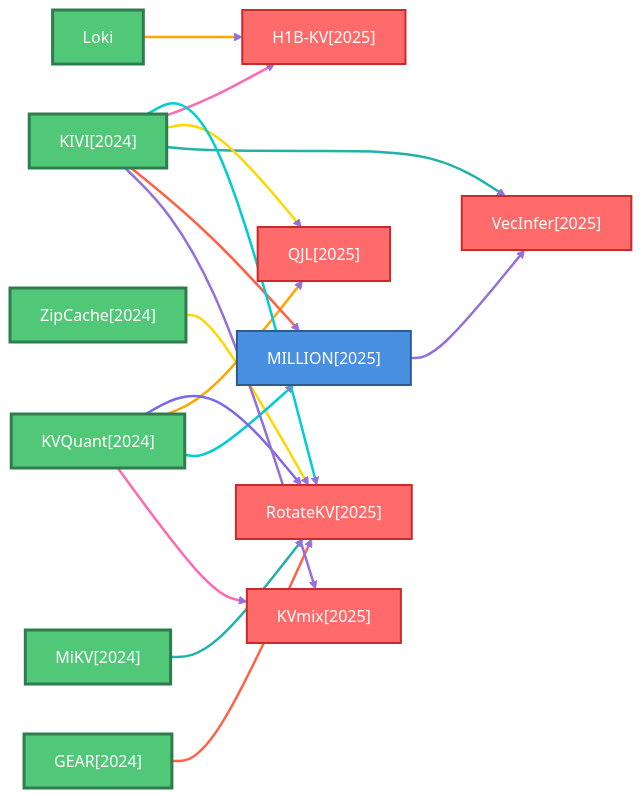
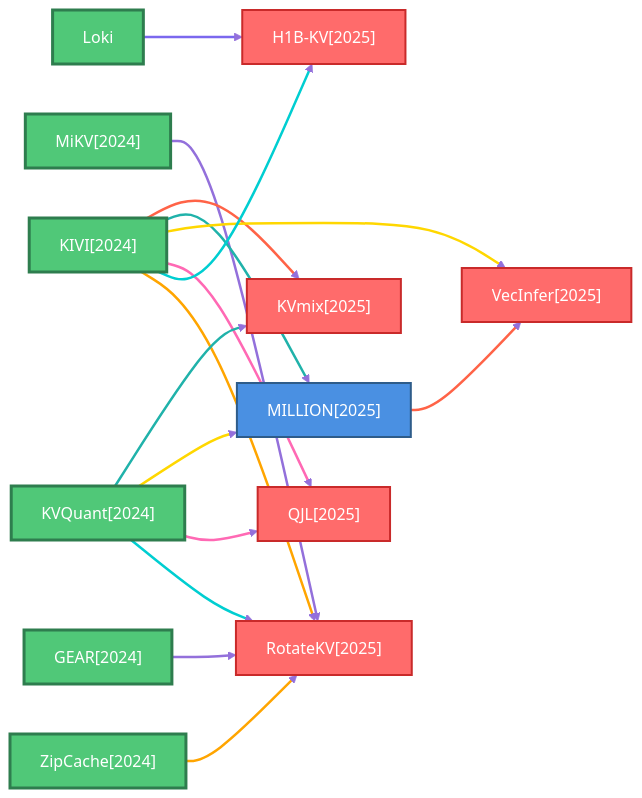
The fifth of 6 diagrams in docs/baseline_methods_graph.md (hustzxd/EfficientPaper), drawn with Mermaid before and after one commit. The commit also changed other lines of this file and 53 other files, not shown here.

````diff
--- a/docs/baseline_methods_graph.md
+++ b/docs/baseline_methods_graph.md
@@ -239,63 +239,63 @@
 ```mermaid
 flowchart LR
     classDef defaultNode fill:#4A90E2,stroke:#2E5C8A,stroke-width:2px,color:#fff
     classDef rootNode fill:#50C878,stroke:#2E7D4E,stroke-width:3px,color:#fff
     classDef leafNode fill:#FF6B6B,stroke:#C92A2A,stroke-width:2px,color:#fff
     linkStyle default stroke:#9370DB,stroke-width:2px
 
-    2025_MILLION["MILLION[2025]"]
-    class 2025_MILLION defaultNode
+    2025_KVmix["KVmix[2025]"]
+    class 2025_KVmix leafNode
     2025_QJL["QJL[2025]"]
     class 2025_QJL leafNode
-    2024_GEAR["GEAR[2024]"]
-    class 2024_GEAR rootNode
-    2025_H1B_KV["H1B-KV[2025]"]
-    class 2025_H1B_KV leafNode
     2024_MiKV["MiKV[2024]"]
     class 2024_MiKV rootNode
-    2025_RotateKV["RotateKV[2025]"]
-    class 2025_RotateKV leafNode
-    2024_ZipCache["ZipCache[2024]"]
-    class 2024_ZipCache rootNode
-    2024_KVQuant["KVQuant[2024]"]
-    class 2024_KVQuant rootNode
-    2025_VecInfer["VecInfer[2025]"]
-    class 2025_VecInfer leafNode
     2024_KIVI["KIVI[2024]"]
     class 2024_KIVI rootNode
     Loki["Loki"]
     class Loki rootNode
-    2025_KVmix["KVmix[2025]"]
-    class 2025_KVmix leafNode
+    2025_H1B_KV["H1B-KV[2025]"]
+    class 2025_H1B_KV leafNode
+    2024_GEAR["GEAR[2024]"]
+    class 2024_GEAR rootNode
+    2025_RotateKV["RotateKV[2025]"]
+    class 2025_RotateKV leafNode
+    2025_VecInfer["VecInfer[2025]"]
+    class 2025_VecInfer leafNode
+    2025_MILLION["MILLION[2025]"]
+    class 2025_MILLION defaultNode
+    2024_KVQuant["KVQuant[2024]"]
+    class 2024_KVQuant rootNode
+    2024_ZipCache["ZipCache[2024]"]
+    class 2024_ZipCache rootNode
 
+    2024_MiKV ==>|" "| 2025_RotateKV
+    linkStyle 0 stroke:#9370DB,stroke-width:2.5px
+    2024_KIVI ==>|" "| 2025_KVmix
+    linkStyle 1 stroke:#FF6347,stroke-width:2.5px
+    2024_KIVI ==>|" "| 2025_MILLION
+    linkStyle 2 stroke:#20B2AA,stroke-width:2.5px
+    2024_KIVI ==>|" "| 2025_VecInfer
+    linkStyle 3 stroke:#FFD700,stroke-width:2.5px
+    2024_KIVI ==>|" "| 2025_QJL
+    linkStyle 4 stroke:#FF69B4,stroke-width:2.5px
+    2024_KIVI ==>|" "| 2025_H1B_KV
+    linkStyle 5 stroke:#00CED1,stroke-width:2.5px
+    2024_KIVI ==>|" "| 2025_RotateKV
+    linkStyle 6 stroke:#FFA500,stroke-width:2.5px
+    Loki ==>|" "| 2025_H1B_KV
+    linkStyle 7 stroke:#7B68EE,stroke-width:2.5px
+    2024_GEAR ==>|" "| 2025_RotateKV
+    linkStyle 8 stroke:#9370DB,stroke-width:2.5px
     2025_MILLION ==>|" "| 2025_VecInfer
-    linkStyle 0 stroke:#9370DB,stroke-width:2.5px
-    2024_GEAR ==>|" "| 2025_RotateKV
-    linkStyle 1 stroke:#FF6347,stroke-width:2.5px
-    2024_MiKV ==>|" "| 2025_RotateKV
-    linkStyle 2 stroke:#20B2AA,stroke-width:2.5px
+    linkStyle 9 stroke:#FF6347,stroke-width:2.5px
+    2024_KVQuant ==>|" "| 2025_KVmix
+    linkStyle 10 stroke:#20B2AA,stroke-width:2.5px
+    2024_KVQuant ==>|" "| 2025_MILLION
+    linkStyle 11 stroke:#FFD700,stroke-width:2.5px
+    2024_KVQuant ==>|" "| 2025_QJL
+    linkStyle 12 stroke:#FF69B4,stroke-width:2.5px
+    2024_KVQuant ==>|" "| 2025_RotateKV
+    linkStyle 13 stroke:#00CED1,stroke-width:2.5px
     2024_ZipCache ==>|" "| 2025_RotateKV
-    linkStyle 3 stroke:#FFD700,stroke-width:2.5px
-    2024_KVQuant ==>|" "| 2025_KVmix
-    linkStyle 4 stroke:#FF69B4,stroke-width:2.5px
-    2024_KVQuant ==>|" "| 2025_MILLION
-    linkStyle 5 stroke:#00CED1,stroke-width:2.5px
-    2024_KVQuant ==>|" "| 2025_QJL
-    linkStyle 6 stroke:#FFA500,stroke-width:2.5px
-    2024_KVQuant ==>|" "| 2025_RotateKV
-    linkStyle 7 stroke:#7B68EE,stroke-width:2.5px
-    2024_KIVI ==>|" "| 2025_KVmix
-    linkStyle 8 stroke:#9370DB,stroke-width:2.5px
-    2024_KIVI ==>|" "| 2025_MILLION
-    linkStyle 9 stroke:#FF6347,stroke-width:2.5px
-    2024_KIVI ==>|" "| 2025_VecInfer
-    linkStyle 10 stroke:#20B2AA,stroke-width:2.5px
-    2024_KIVI ==>|" "| 2025_QJL
-    linkStyle 11 stroke:#FFD700,stroke-width:2.5px
-    2024_KIVI ==>|" "| 2025_H1B_KV
-    linkStyle 12 stroke:#FF69B4,stroke-width:2.5px
-    2024_KIVI ==>|" "| 2025_RotateKV
-    linkStyle 13 stroke:#00CED1,stroke-width:2.5px
-    Loki ==>|" "| 2025_H1B_KV
     linkStyle 14 stroke:#FFA500,stroke-width:2.5px
 ```
````
